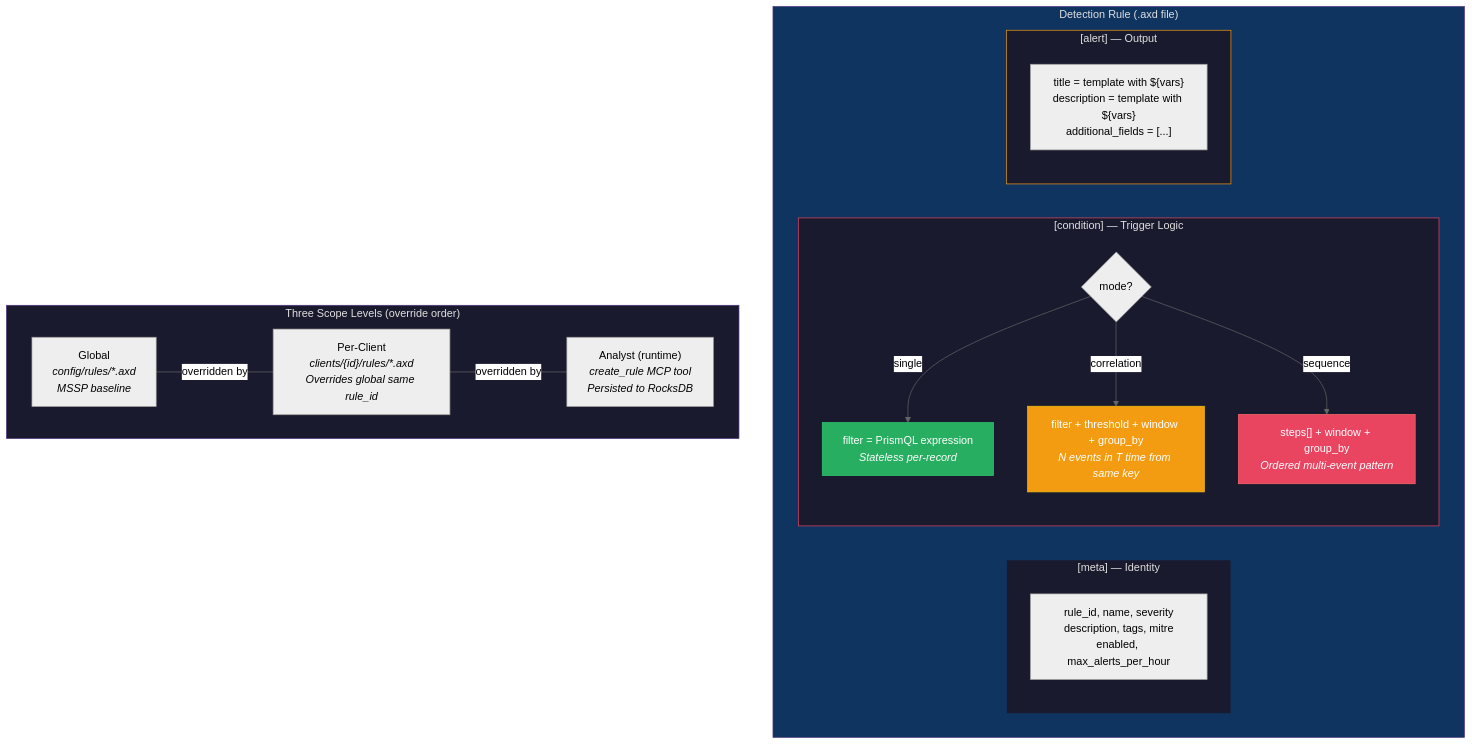
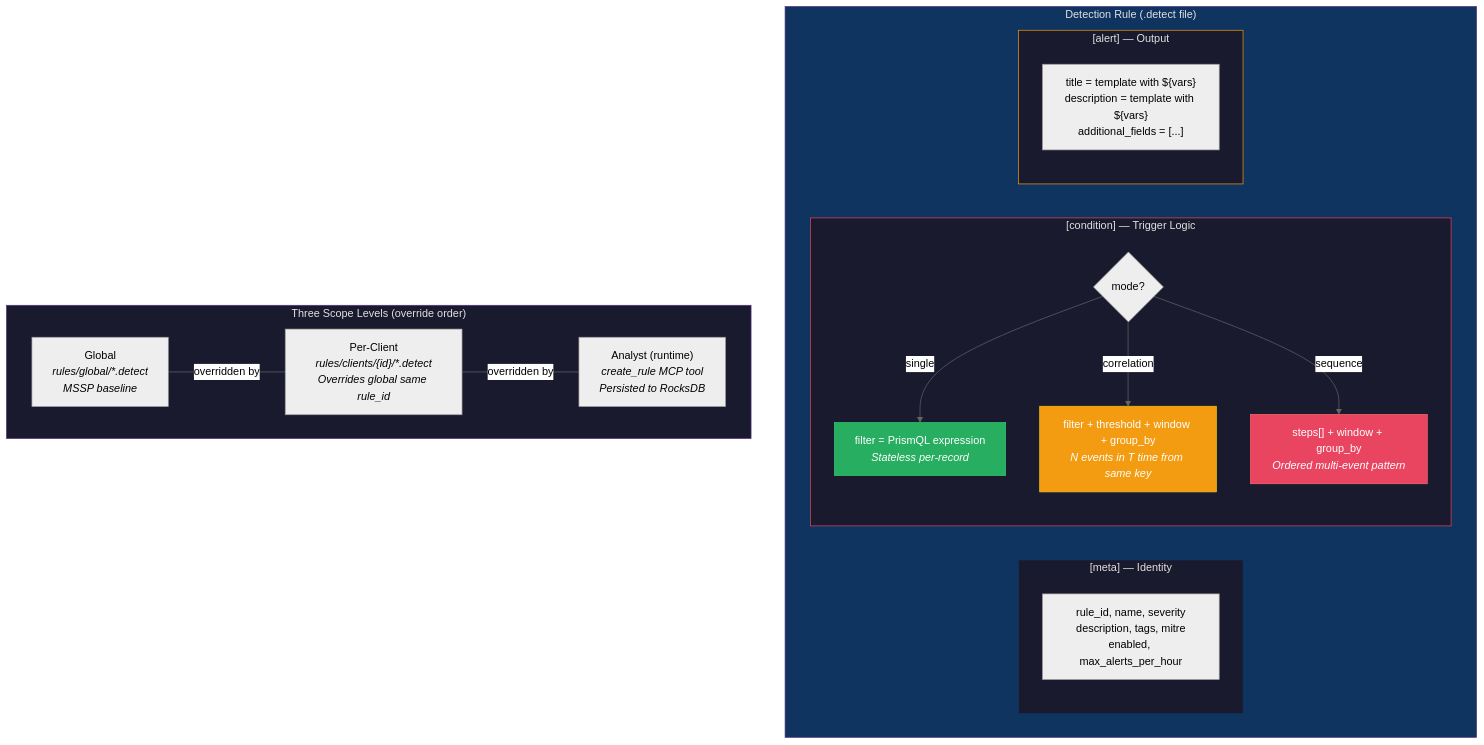
The first of 3 diagrams in specs/architecture/detection-rule-format.md (drbothen/prism), drawn with Mermaid (neutral theme) before and after one commit. The commit also changed other lines of this file and 27 other files, not shown here.

First line of the commit message:
factory(phase-2): architecture review additions — credentials, JOINs, plugins, infusions, actions, observability

````diff
--- a/specs/architecture/detection-rule-format.md
+++ b/specs/architecture/detection-rule-format.md
@@ -18,33 +18,33 @@
 ```mermaid
 graph TB
-    subgraph AXD["Detection Rule (.axd file)"]
+    subgraph DETECT_RULE["Detection Rule (.detect file)"]
         subgraph META["[meta] — Identity"]
             M1["rule_id, name, severity<br/>description, tags, mitre<br/>enabled, max_alerts_per_hour"]
         end
         subgraph COND["[condition] — Trigger Logic"]
             MODE{"mode?"}
             MODE -->|single| SINGLE["filter = PrismQL expression<br/><i>Stateless per-record</i>"]
             MODE -->|correlation| CORR["filter + threshold + window + group_by<br/><i>N events in T time from same key</i>"]
             MODE -->|sequence| SEQ["steps[] + window + group_by<br/><i>Ordered multi-event pattern</i>"]
         end
         subgraph ALERT_SEC["[alert] — Output"]
             AL["title = template with ${vars}<br/>description = template with ${vars}<br/>additional_fields = [...]"]
         end
     end
 
     subgraph SCOPE["Three Scope Levels (override order)"]
-        GLOBAL["Global<br/><i>config/rules/*.axd<br/>MSSP baseline</i>"]
-        CLIENT["Per-Client<br/><i>clients/{id}/rules/*.axd<br/>Overrides global same rule_id</i>"]
+        GLOBAL["Global<br/><i>rules/global/*.detect<br/>MSSP baseline</i>"]
+        CLIENT["Per-Client<br/><i>rules/clients/{id}/*.detect<br/>Overrides global same rule_id</i>"]
         ANALYST["Analyst (runtime)<br/><i>create_rule MCP tool<br/>Persisted to RocksDB</i>"]
         GLOBAL ---|"overridden by"| CLIENT ---|"overridden by"| ANALYST
     end
 
-    style AXD fill:#0f3460,stroke:#533483,color:#e0e0e0
+    style DETECT_RULE fill:#0f3460,stroke:#533483,color:#e0e0e0
     style META fill:#1a1a2e,stroke:#0f3460,color:#e0e0e0
     style COND fill:#1a1a2e,stroke:#e94560,color:#e0e0e0
     style ALERT_SEC fill:#1a1a2e,stroke:#f39c12,color:#e0e0e0
     style SCOPE fill:#1a1a2e,stroke:#533483,color:#e0e0e0
     style SINGLE fill:#27ae60,stroke:#2ecc71,color:#fff
     style CORR fill:#f39c12,stroke:#f1c40f,color:#fff
     style SEQ fill:#e94560,stroke:#ff6b6b,color:#fff
 ```
````
